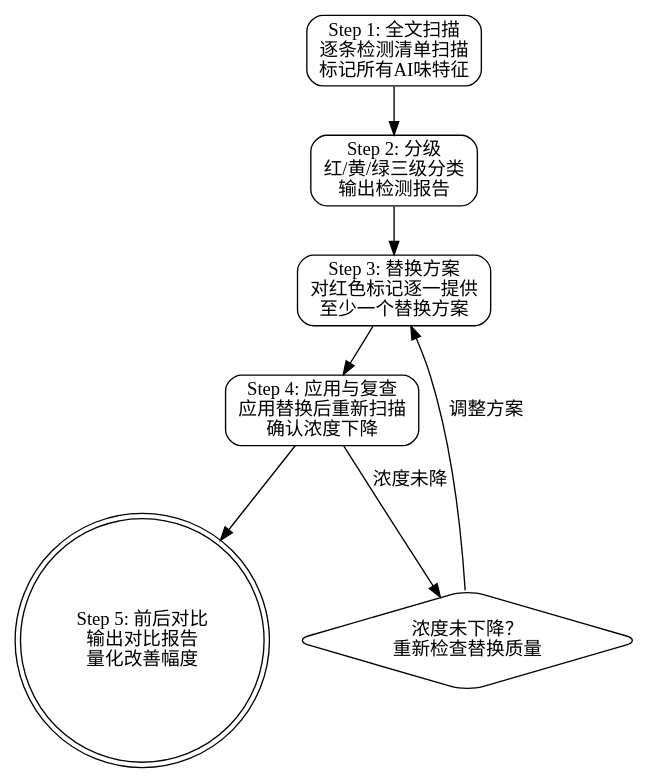
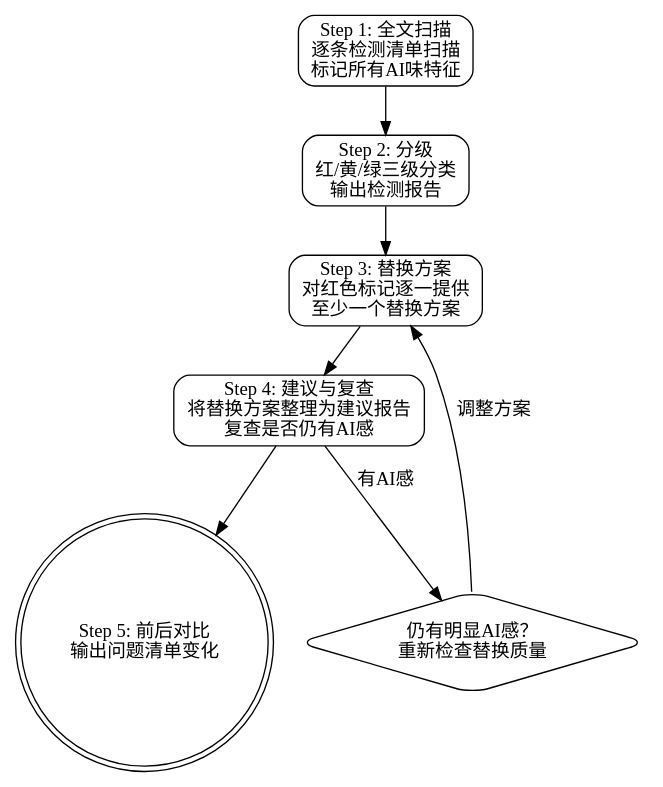
One commit to skyfiredao/dreampowers changed the third of 3 diagrams in skills/dp-review-consistency/SKILL.md. Above: the diagram before and after it, drawn with Graphviz. The commit also changed other lines of this file and 16 other files, not shown here.

````diff
--- a/skills/dp-review-consistency/SKILL.md
+++ b/skills/dp-review-consistency/SKILL.md
@@ -637,18 +552,18 @@
 ```dot
 digraph deai_flow {
     rankdir=TB;
     node [shape=box, style=rounded];
 
     scan [label="Step 1: 全文扫描\n逐条检测清单扫描\n标记所有AI味特征"];
     grade [label="Step 2: 分级\n红/黄/绿三级分类\n输出检测报告"];
     replace [label="Step 3: 替换方案\n对红色标记逐一提供\n至少一个替换方案"];
-    apply [label="Step 4: 应用与复查\n应用替换后重新扫描\n确认浓度下降"];
-    compare [label="Step 5: 前后对比\n输出对比报告\n量化改善幅度" shape=doublecircle];
+    apply [label="Step 4: 建议与复查\n将替换方案整理为建议报告\n复查是否仍有AI感"];
+    compare [label="Step 5: 前后对比\n输出问题清单变化" shape=doublecircle];
 
     scan -> grade -> replace -> apply -> compare;
 
-    rescan [label="浓度未下降？\n重新检查替换质量" shape=diamond];
-    apply -> rescan [label="浓度未降"];
+    rescan [label="仍有明显AI感？\n重新检查替换质量" shape=diamond];
+    apply -> rescan [label="有AI感"];
     rescan -> replace [label="调整方案"];
 }
 ```
````
